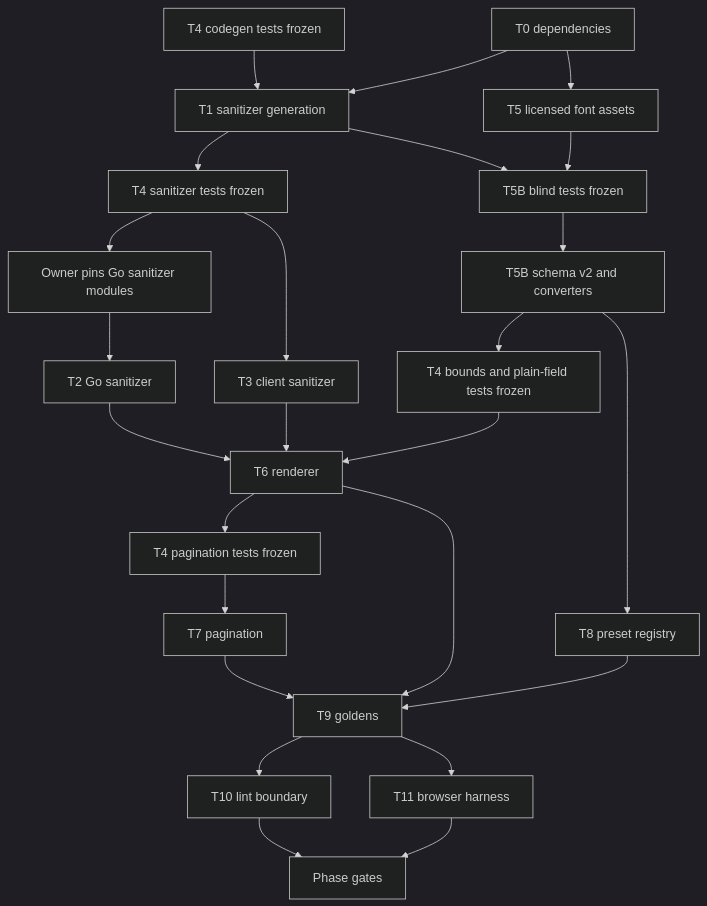
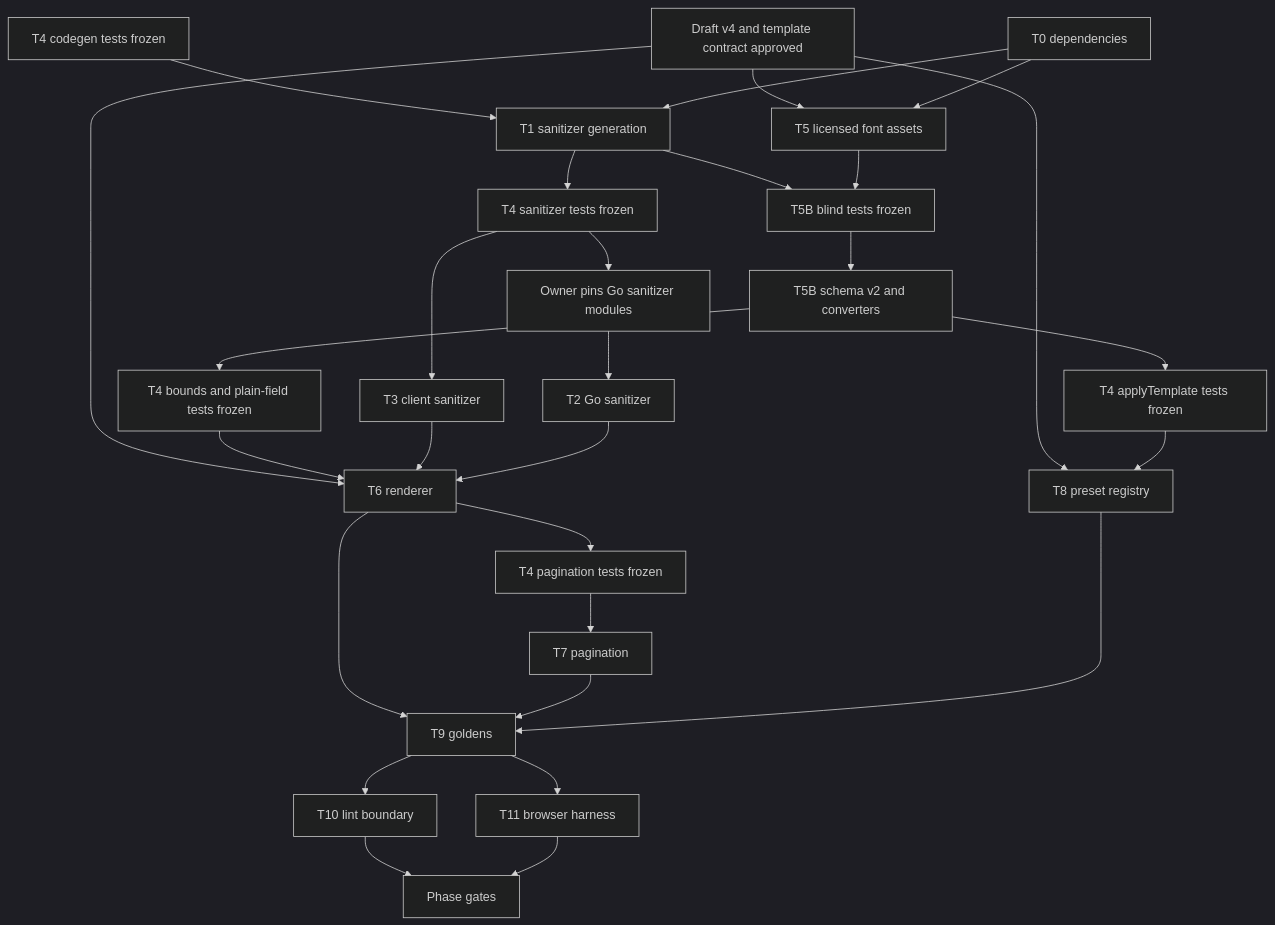
One commit to dannyota/aboutme changed the diagram in docs/plans/phase-3/README.md. Above: the diagram before and after it, drawn with Mermaid (dark theme). The commit also changed other lines of this file and 71 other files, not shown here.

Commit message:
docs(design): close draft v4 contract gaps

````diff
--- a/docs/plans/phase-3/README.md
+++ b/docs/plans/phase-3/README.md
@@ -76,27 +76,31 @@
 ```mermaid
 graph TD
+    AP[Draft v4 and template contract approved] --> T5
+    AP --> T6
+    AP --> T8
     T4C[T4 codegen tests frozen] --> T1[T1 sanitizer generation]
     T0[T0 dependencies] --> T1
     T1 --> T4S[T4 sanitizer tests frozen]
     T4S --> GM[Owner pins Go sanitizer modules]
     GM --> T2[T2 Go sanitizer]
     T4S --> T3[T3 client sanitizer]
     T0 --> T5[T5 licensed font assets]
     T1 --> T4V[T5B blind tests frozen]
     T5 --> T4V
     T4V --> T5B[T5B schema v2 and converters]
     T5B --> T4R[T4 bounds and plain-field tests frozen]
+    T5B --> T4A[T4 applyTemplate tests frozen]
     T4R --> T6[T6 renderer]
     T3 --> T6
     T2 --> T6
     T6 --> T4P[T4 pagination tests frozen]
     T4P --> T7[T7 pagination]
-    T5B --> T8[T8 preset registry]
+    T4A --> T8[T8 preset registry]
     T6 --> T9[T9 goldens]
     T7 --> T9
     T8 --> T9
     T9 --> T10[T10 lint boundary]
     T9 --> T11[T11 browser harness]
     T10 --> G[Phase gates]
     T11 --> G
 ```
````
